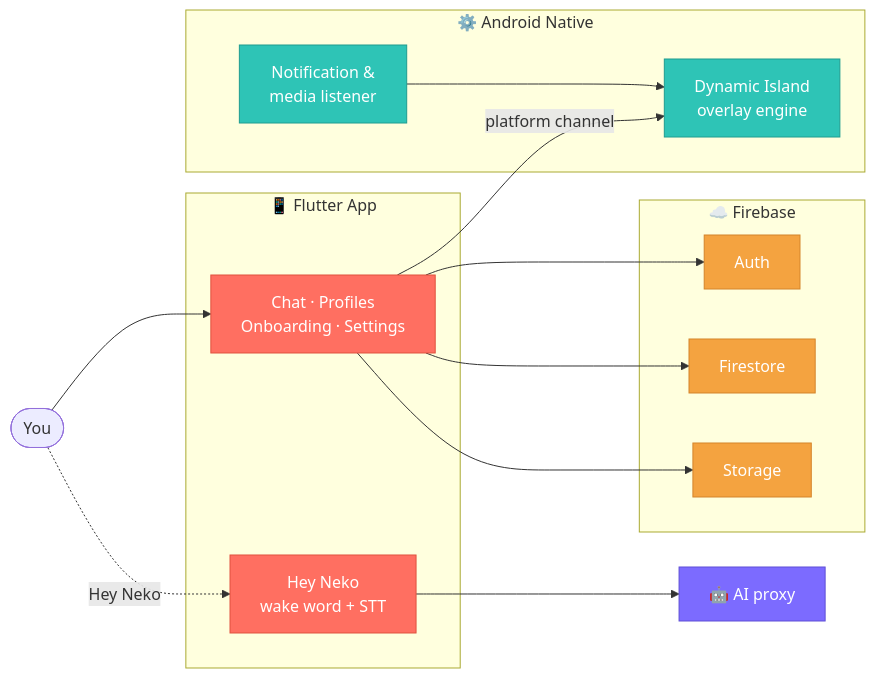
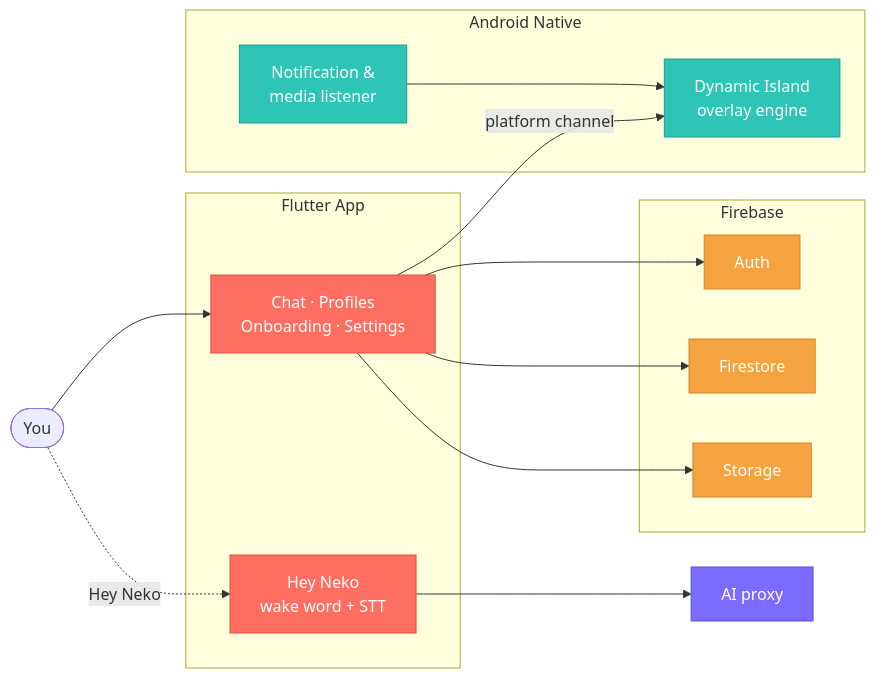
One commit to dhruvin-sarkar/Neko changed the second of 3 diagrams in README.md. Above: the diagram before and after it, drawn with Mermaid.

````diff
--- a/README.md
+++ b/README.md
@@ -131,40 +131,40 @@
 ```mermaid
 flowchart LR
     You([" You "])
 
-    subgraph app["📱 Flutter App"]
+    subgraph app[" Flutter App"]
         UI["Chat · Profiles<br/>Onboarding · Settings"]
         Voice["Hey Neko<br/>wake word + STT"]
     end
 
-    subgraph native["⚙️ Android Native"]
+    subgraph native[" Android Native"]
         Overlay["Dynamic Island<br/>overlay engine"]
         Listener["Notification &<br/>media listener"]
     end
 
-    subgraph cloud["☁️ Firebase"]
+    subgraph cloud[" Firebase"]
         Auth["Auth"]
         Store["Firestore"]
         Files["Storage"]
     end
 
-    AI["🤖 AI proxy"]
+    AI[" AI proxy"]
 
     You --> UI
     You -.->|"Hey Neko"| Voice
     Voice --> AI
     UI -->|platform channel| Overlay
     Listener --> Overlay
     UI --> Auth
     UI --> Store
     UI --> Files
 
     classDef appcls fill:#ff6f61,stroke:#e0523f,color:#ffffff
     classDef natcls fill:#2ec4b6,stroke:#1f9c90,color:#ffffff
     classDef cloudcls fill:#f4a340,stroke:#d4842a,color:#ffffff
     classDef aicls fill:#7c6bff,stroke:#5f4fd6,color:#ffffff
     class UI,Voice appcls
     class Overlay,Listener natcls
     class Auth,Store,Files cloudcls
     class AI aicls
 ```
````
